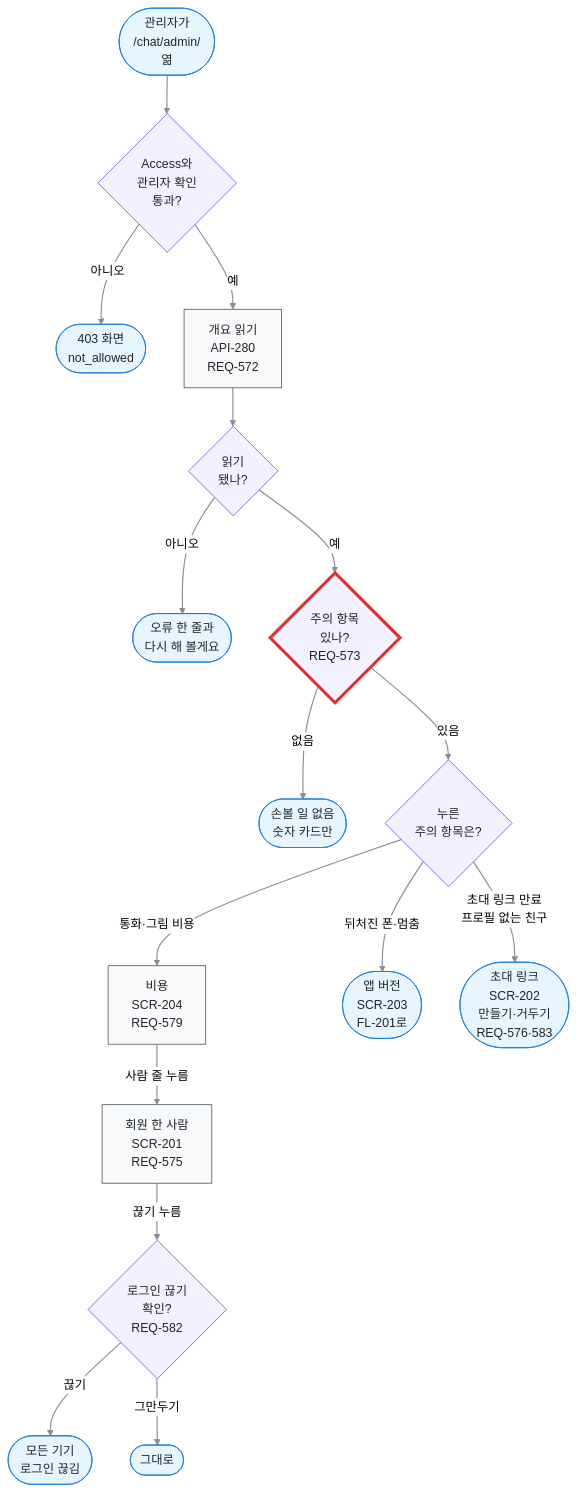
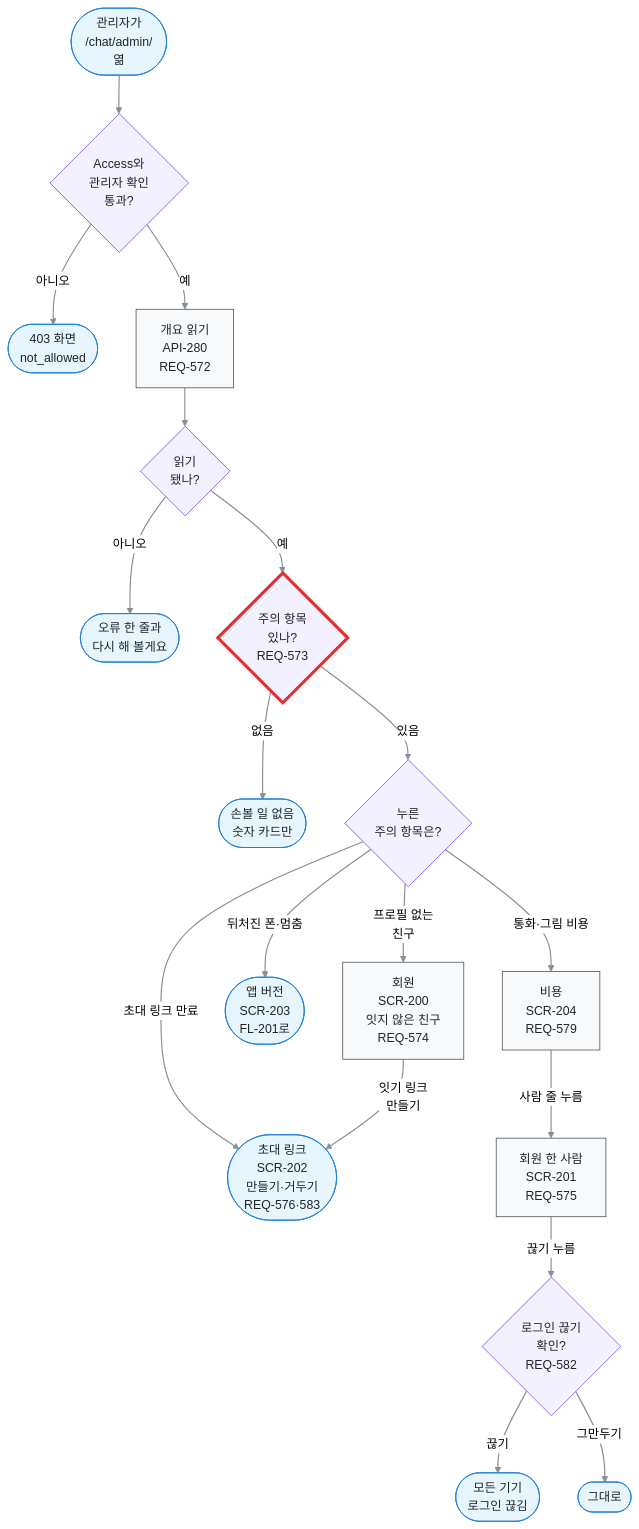
One commit to kodonghui/marong2 changed the diagram in docs/03-user-flow/FL-200-admin-overview.md. Above: the diagram before and after it, drawn with Mermaid (neutral theme). The commit also changed other lines of this file and 8 other files, not shown here.

````diff
--- a/docs/03-user-flow/FL-200-admin-overview.md
+++ b/docs/03-user-flow/FL-200-admin-overview.md
@@ -8,45 +8,48 @@
 ```mermaid
 flowchart TD
   A(["관리자가<br/>/chat/admin/<br/>엶"])
   B{"Access와<br/>관리자 확인<br/>통과?"}
   X(["403 화면<br/>not_allowed"])
   C["개요 읽기<br/>API-280<br/>REQ-572"]
   D{"읽기<br/>됐나?"}
   D1(["오류 한 줄과<br/>다시 해 볼게요"])
   E{"주의 항목<br/>있나?<br/>REQ-573"}
   E1(["손볼 일 없음<br/>숫자 카드만"])
   G{"누른<br/>주의 항목은?"}
   H["비용<br/>SCR-204<br/>REQ-579"]
   I(["앱 버전<br/>SCR-203<br/>FL-201로"])
   J(["초대 링크<br/>SCR-202<br/>만들기·거두기<br/>REQ-576·583"])
+  K["회원<br/>SCR-200<br/>잇지 않은 친구<br/>REQ-574"]
   M["회원 한 사람<br/>SCR-201<br/>REQ-575"]
   N{"로그인 끊기<br/>확인?<br/>REQ-582"}
   N1(["모든 기기<br/>로그인 끊김"])
   N2(["그대로"])
   A e1@--> B
   B e2@-->|"아니오"| X
   B e3@-->|"예"| C
   C e4@--> D
   D e5@-->|"아니오"| D1
   D e6@-->|"예"| E
   E e7@-->|"없음"| E1
   E e8@-->|"있음"| G
   G e9@-->|"통화·그림 비용"| H
   G e10@-->|"뒤처진 폰·멈춤"| I
-  G e11@-->|"초대 링크 만료<br/>프로필 없는 친구"| J
+  G e11@-->|"초대 링크 만료"| J
+  G e16@-->|"프로필 없는<br/>친구"| K
+  K e17@-->|"잇기 링크<br/>만들기"| J
   H e12@-->|"사람 줄 누름"| M
   M e13@-->|"끊기 누름"| N
   N e14@-->|"끊기"| N1
   N e15@-->|"그만두기"| N2
   %% legend: below
   classDef term fill:#e7f5ff,stroke:#1c7ed6,color:#212529
   classDef proc fill:#f8f9fa,stroke:#495057,color:#212529
   classDef decide fill:#f3f0ff,stroke:#7048e8,color:#212529
   classDef key stroke:#e03131,stroke-width:4px
   classDef pass stroke:#868e96,stroke-width:1.5px
   class A,X,D1,E1,I,J,N1,N2 term
-  class C,H,M proc
+  class C,H,K,M proc
   class B,D,E,G,N decide
   class E key
-  class e1,e2,e3,e4,e5,e6,e7,e8,e9,e10,e11,e12,e13,e14,e15 pass
+  class e1,e2,e3,e4,e5,e6,e7,e8,e9,e10,e11,e12,e13,e14,e15,e16,e17 pass
 ```
````
